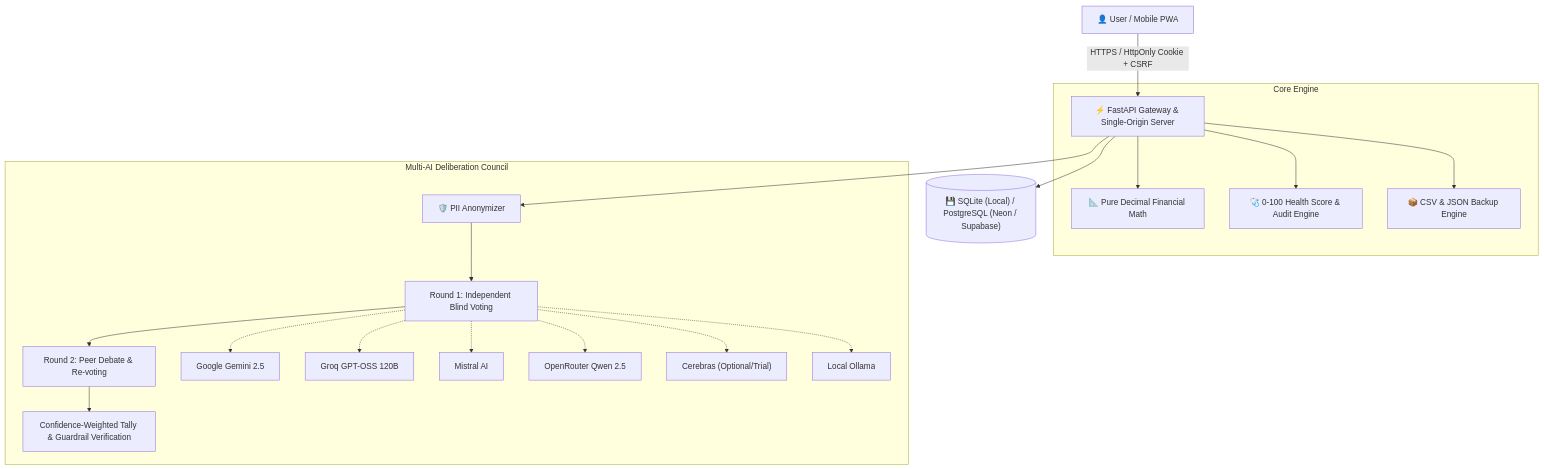
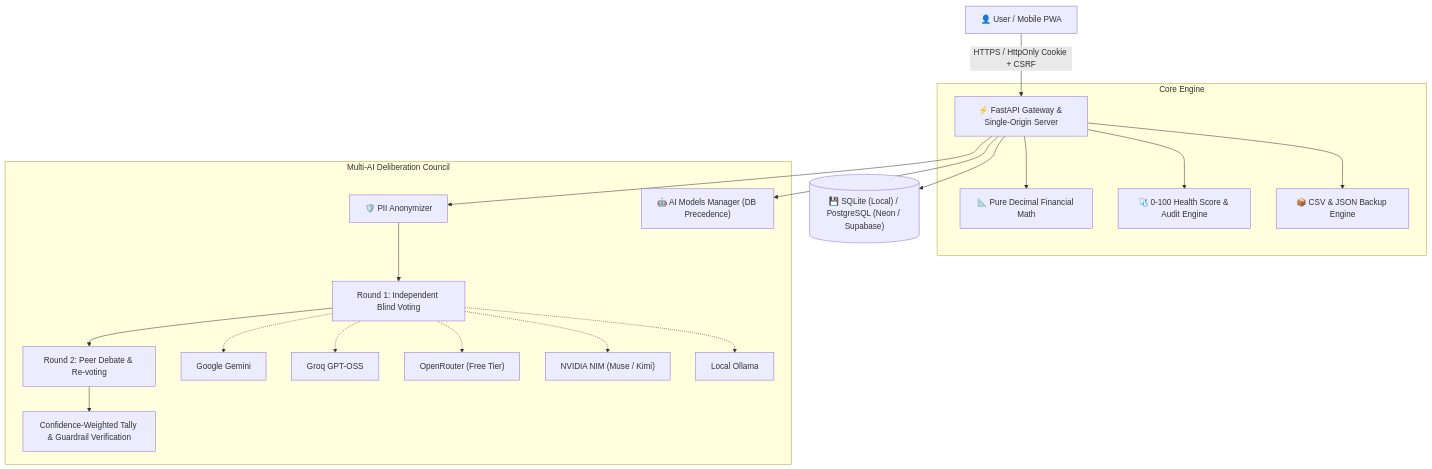
The diagram in README.md (selormtettehabotsi/MoneyBudSaver), drawn with Mermaid before and after one commit. The commit also changed other lines of this file and 47 other files, not shown here.

Commit message:
fix(analytics): handle nullable runway and insufficient history, add safe error handler, and update AI models manager

````diff
--- a/README.md
+++ b/README.md
@@ -35,26 +36,26 @@
 ```mermaid
 graph TD
     User["👤 User / Mobile PWA"] -->|HTTPS / HttpOnly Cookie + CSRF| FastAPI["⚡ FastAPI Gateway & Single-Origin Server"]
     
     subgraph Core Engine
         FastAPI --> FinMath["📐 Pure Decimal Financial Math"]
         FastAPI --> HealthScore["🩺 0-100 Health Score & Audit Engine"]
         FastAPI --> BackupEngine["📦 CSV & JSON Backup Engine"]
     end
     
     subgraph Multi-AI Deliberation Council
         FastAPI --> PIIScrub["🛡️ PII Anonymizer"]
+        FastAPI --> ModelsMgr["🤖 AI Models Manager (DB Precedence)"]
         PIIScrub --> Round1["Round 1: Independent Blind Voting"]
         Round1 --> Round2["Round 2: Peer Debate & Re-voting"]
         Round2 --> Tally["Confidence-Weighted Tally & Guardrail Verification"]
         
-        Round1 -.-> Gemini["Google Gemini 2.5"]
-        Round1 -.-> Groq["Groq GPT-OSS 120B"]
-        Round1 -.-> Mistral["Mistral AI"]
-        Round1 -.-> OpenRouter["OpenRouter Qwen 2.5"]
-        Round1 -.-> Cerebras["Cerebras (Optional/Trial)"]
+        Round1 -.-> Gemini["Google Gemini"]
+        Round1 -.-> Groq["Groq GPT-OSS"]
+        Round1 -.-> OpenRouter["OpenRouter (Free Tier)"]
+        Round1 -.-> NVIDIA["NVIDIA NIM (Muse / Kimi)"]
         Round1 -.-> Ollama["Local Ollama"]
     end
 
     FastAPI --> DB[("💾 SQLite (Local) / PostgreSQL (Neon / Supabase)")]
 ```
````
